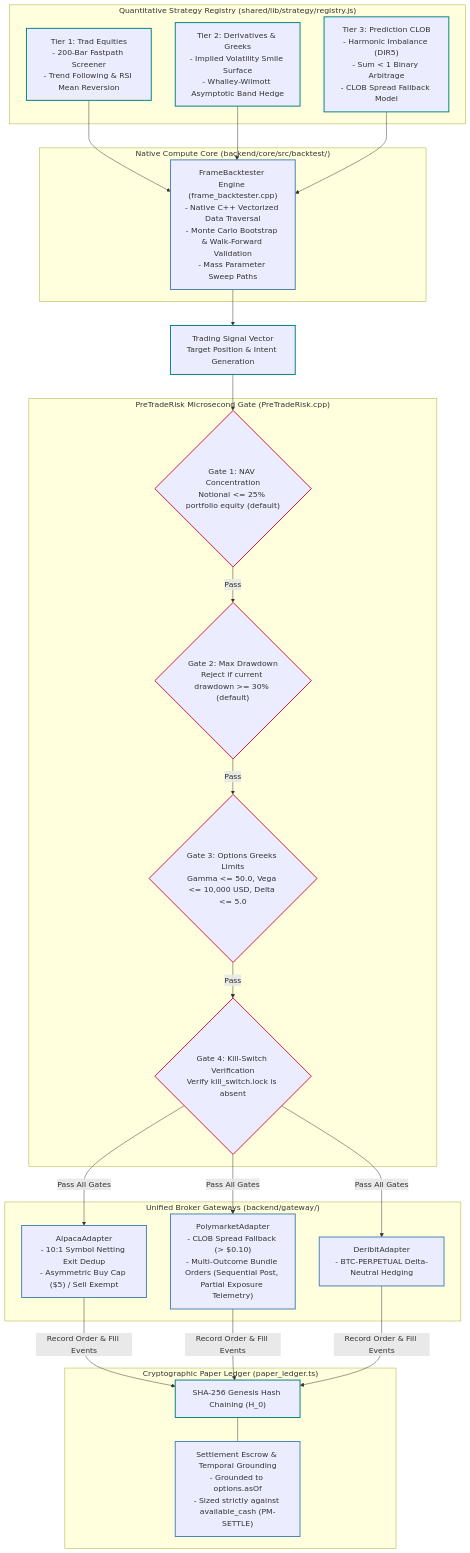
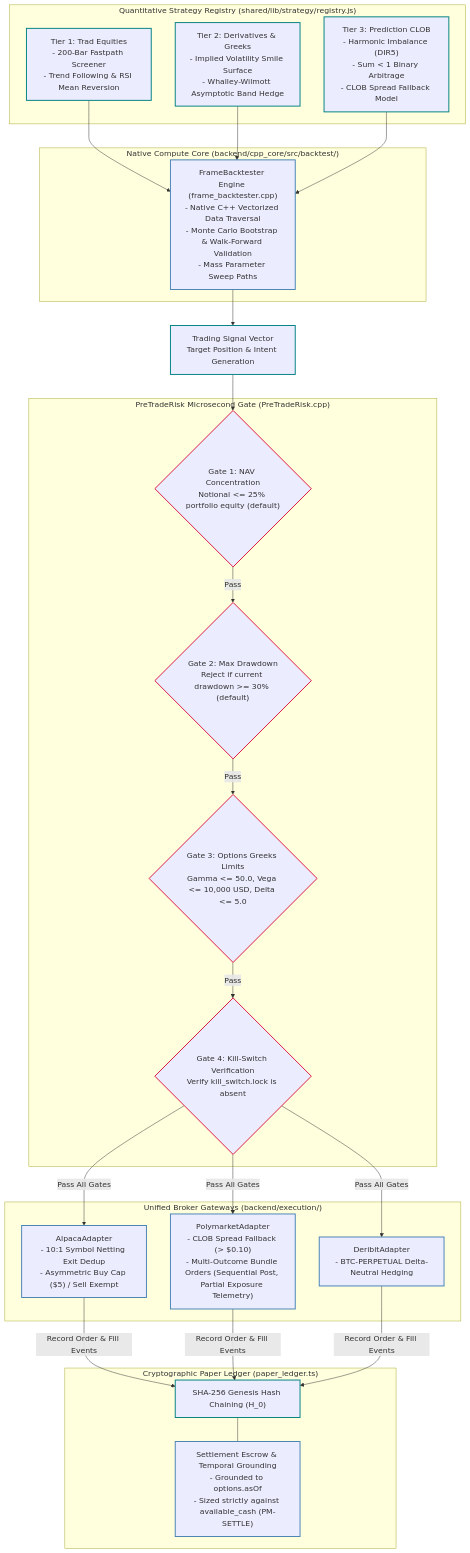
Before and after one commit to vgbn2/personal_finance_draft: diagram 23 of 24 in docs/Reports/SOVEREIGN_END_TO_END_ARCHITECTURE_REPORT.md, drawn with Mermaid. The commit also changed other lines of this file and 178 other files, not shown here.

First line of the commit message:
fix(core,execution,docs): remediate #70-#76, debloat docs, and enforce contracts

````diff
--- a/docs/Reports/SOVEREIGN_END_TO_END_ARCHITECTURE_REPORT.md
+++ b/docs/Reports/SOVEREIGN_END_TO_END_ARCHITECTURE_REPORT.md
@@ -2114,50 +2114,50 @@
 ```mermaid
 flowchart TD
     classDef control stroke:steelblue,stroke-width:2px;
     classDef data stroke:teal,stroke-width:2px;
     classDef warning stroke:goldenrod,stroke-width:2px;
     classDef critical stroke:crimson,stroke-width:2px;
     classDef neutral stroke:gray,stroke-width:1px;
 
     subgraph Registry["Quantitative Strategy Registry (shared/lib/strategy/registry.js)"]
         T1["Tier 1: Trad Equities<br/>- 200-Bar Fastpath Screener<br/>- Trend Following & RSI Mean Reversion"]:::data
         T2["Tier 2: Derivatives & Greeks<br/>- Implied Volatility Smile Surface<br/>- Whalley-Wilmott Asymptotic Band Hedge"]:::data
         T3["Tier 3: Prediction CLOB<br/>- Harmonic Imbalance (DIR5)<br/>- Sum < 1 Binary Arbitrage<br/>- CLOB Spread Fallback Model"]:::data
     end
 
-    subgraph Backtester["Native Compute Core (backend/core/src/backtest/)"]
+    subgraph Backtester["Native Compute Core (backend/cpp_core/src/backtest/)"]
         BT["FrameBacktester Engine (frame_backtester.cpp)<br/>- Native C++ Vectorized Data Traversal<br/>- Monte Carlo Bootstrap & Walk-Forward Validation<br/>- Mass Parameter Sweep Paths"]:::control
     end
 
     T1 & T2 & T3 --> BT
 
     SIG["Trading Signal Vector<br/>Target Position & Intent Generation"]:::data
     BT --> SIG
 
     subgraph Risk["PreTradeRisk Microsecond Gate (PreTradeRisk.cpp)"]
         R1{"Gate 1: NAV Concentration<br/>Notional <= 25% portfolio equity (default)"}:::critical
         R2{"Gate 2: Max Drawdown<br/>Reject if current drawdown >= 30% (default)"}:::critical
         R3{"Gate 3: Options Greeks Limits<br/>Gamma <= 50.0, Vega <= 10,000 USD, Delta <= 5.0"}:::critical
         R4{"Gate 4: Kill-Switch Verification<br/>Verify kill_switch.lock is absent"}:::critical
 
         R1 -->|"Pass"| R2 -->|"Pass"| R3 -->|"Pass"| R4
     end
 
     SIG --> R1
 
-    subgraph Gateways["Unified Broker Gateways (backend/gateway/)"]
+    subgraph Gateways["Unified Broker Gateways (backend/execution/)"]
         GW_ALP["AlpacaAdapter<br/>- 10:1 Symbol Netting Exit Dedup<br/>- Asymmetric Buy Cap ($5) / Sell Exempt"]:::control
         GW_POLY["PolymarketAdapter<br/>- CLOB Spread Fallback (> $0.10)<br/>- Multi-Outcome Bundle Orders (Sequential Post, Partial Exposure Telemetry)"]:::control
         GW_DERI["DeribitAdapter<br/>- BTC-PERPETUAL Delta-Neutral Hedging"]:::control
     end
 
     R4 -->|"Pass All Gates"| GW_ALP & GW_POLY & GW_DERI
 
     subgraph Ledger["Cryptographic Paper Ledger (paper_ledger.ts)"]
         H0["SHA-256 Genesis Hash Chaining (H_0)"]:::data
         SETTLE["Settlement Escrow & Temporal Grounding<br/>- Grounded to options.asOf<br/>- Sized strictly against available_cash (PM-SETTLE)"]:::control
         H0 --- SETTLE
     end
 
     GW_ALP & GW_POLY & GW_DERI -->|"Record Order & Fill Events"| H0
 ```
````
